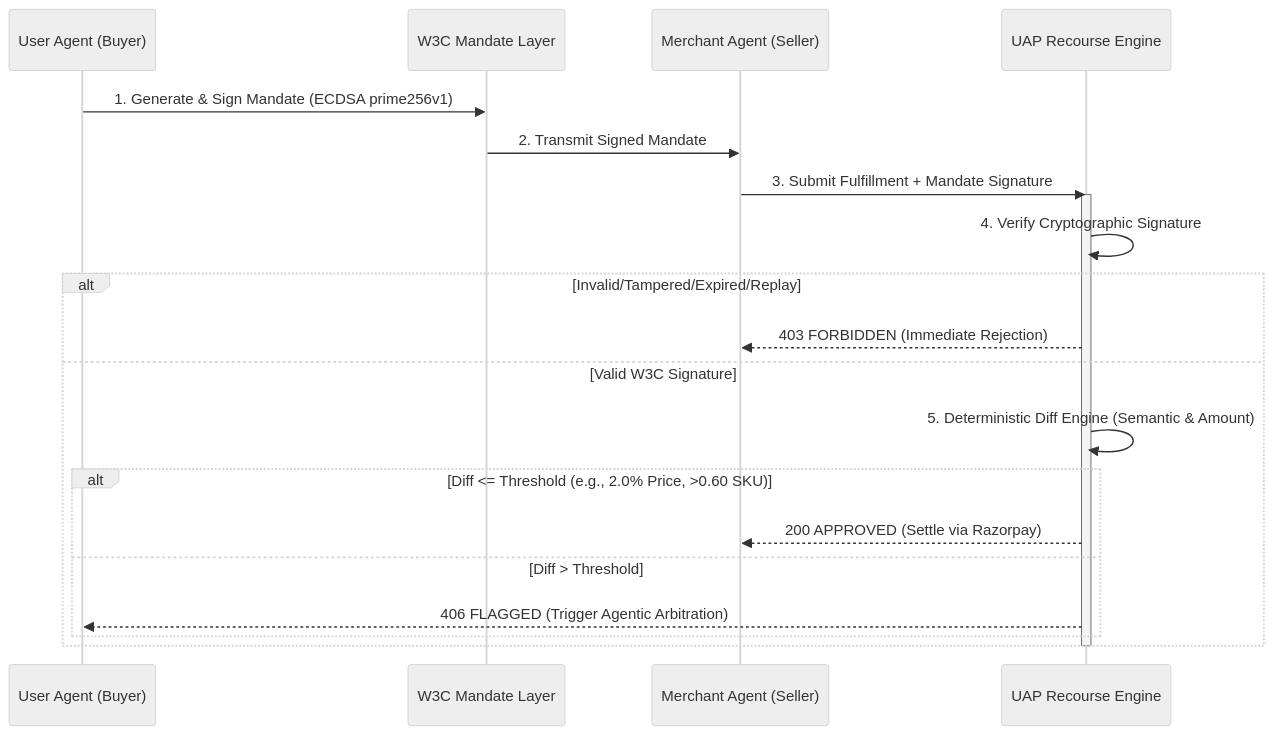
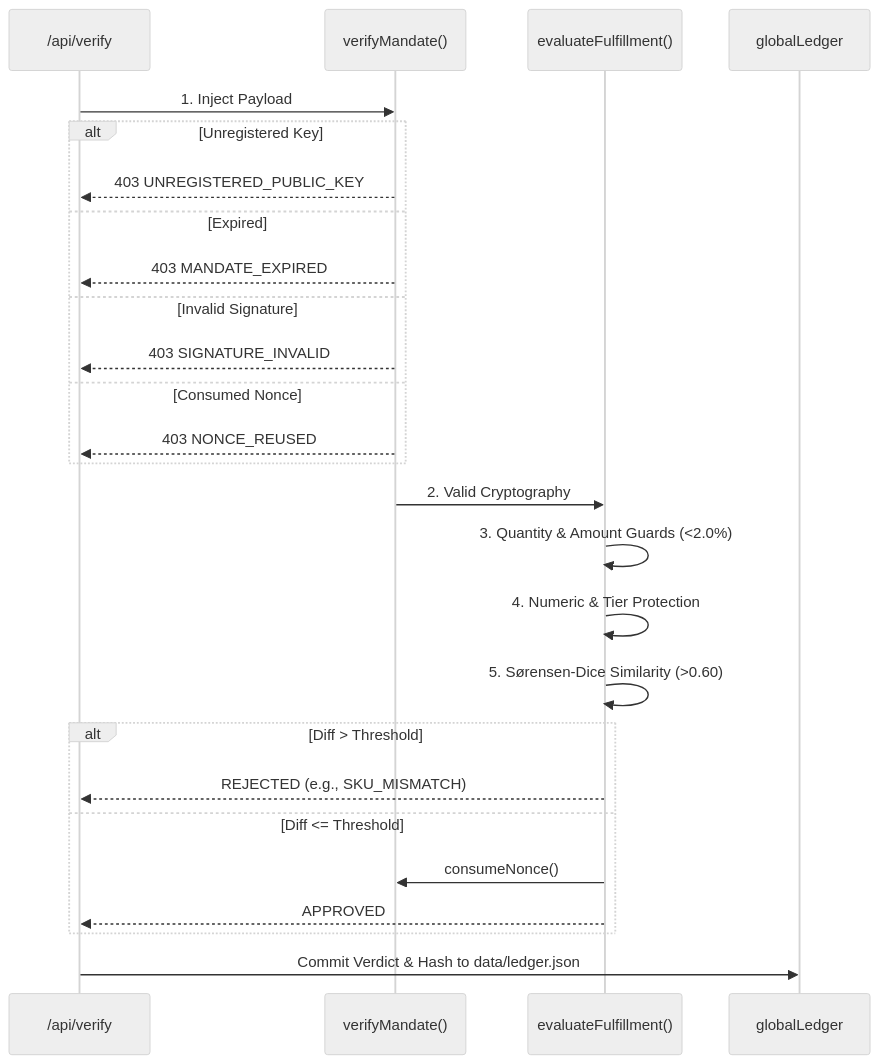
Before and after one commit to CodeWithRJ006/mandate: the second of 2 diagrams in README.md, drawn with Mermaid (neutral theme). The commit also changed other lines of this file, not shown here.

Commit message:
docs: 10/10 README upgrade with architecture diagrams, security boundary breakdown, and scaling roadmap

````diff
--- a/README.md
+++ b/README.md
@@ -23,25 +70,34 @@
 ```mermaid
 sequenceDiagram
-    participant UserAgent as User Agent (Buyer)
-    participant Protocol as W3C Mandate Layer
-    participant MerchantAgent as Merchant Agent (Seller)
-    participant Recourse as UAP Recourse Engine
+    participant API as /api/verify
+    participant Crypto as verifyMandate()
+    participant Engine as evaluateFulfillment()
+    participant Ledger as globalLedger
 
-    UserAgent->>Protocol: 1. Generate & Sign Mandate (ECDSA prime256v1)
-    Protocol->>MerchantAgent: 2. Transmit Signed Mandate
-    MerchantAgent->>Recourse: 3. Submit Fulfillment + Mandate Signature
+    API->>Crypto: 1. Inject Payload
     
-    activate Recourse
-    Recourse->>Recourse: 4. Verify Cryptographic Signature
-    alt Invalid/Tampered/Expired/Replay
-        Recourse-->>MerchantAgent: 403 FORBIDDEN (Immediate Rejection)
-    else Valid W3C Signature
-        Recourse->>Recourse: 5. Deterministic Diff Engine (Semantic & Amount)
-        alt Diff <= Threshold (e.g., 2.0% Price, >0.60 SKU)
-            Recourse-->>MerchantAgent: 200 APPROVED (Settle via Razorpay)
-        else Diff > Threshold
-            Recourse-->>UserAgent: 406 FLAGGED (Trigger Agentic Arbitration)
-        end
+    alt Unregistered Key
+        Crypto-->>API: 403 UNREGISTERED_PUBLIC_KEY
+    else Expired
+        Crypto-->>API: 403 MANDATE_EXPIRED
+    else Invalid Signature
+        Crypto-->>API: 403 SIGNATURE_INVALID
+    else Consumed Nonce
+        Crypto-->>API: 403 NONCE_REUSED
     end
-    deactivate Recourse
+
+    Crypto->>Engine: 2. Valid Cryptography
+    
+    Engine->>Engine: 3. Quantity & Amount Guards (<2.0%)
+    Engine->>Engine: 4. Numeric & Tier Protection
+    Engine->>Engine: 5. Sørensen-Dice Similarity (>0.60)
+    
+    alt Diff > Threshold
+        Engine-->>API: REJECTED (e.g., SKU_MISMATCH)
+    else Diff <= Threshold
+        Engine->>Crypto: consumeNonce()
+        Engine-->>API: APPROVED
+    end
+
+    API->>Ledger: Commit Verdict & Hash to data/ledger.json
 ```
````
